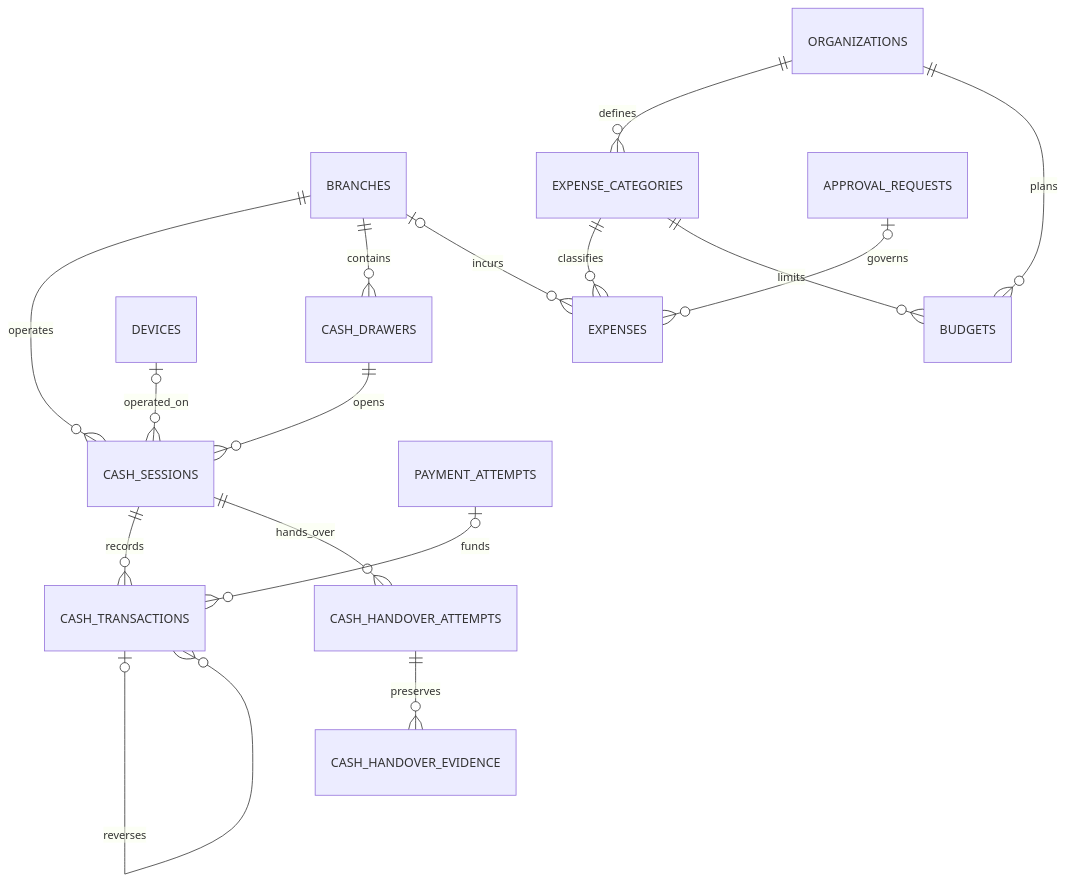
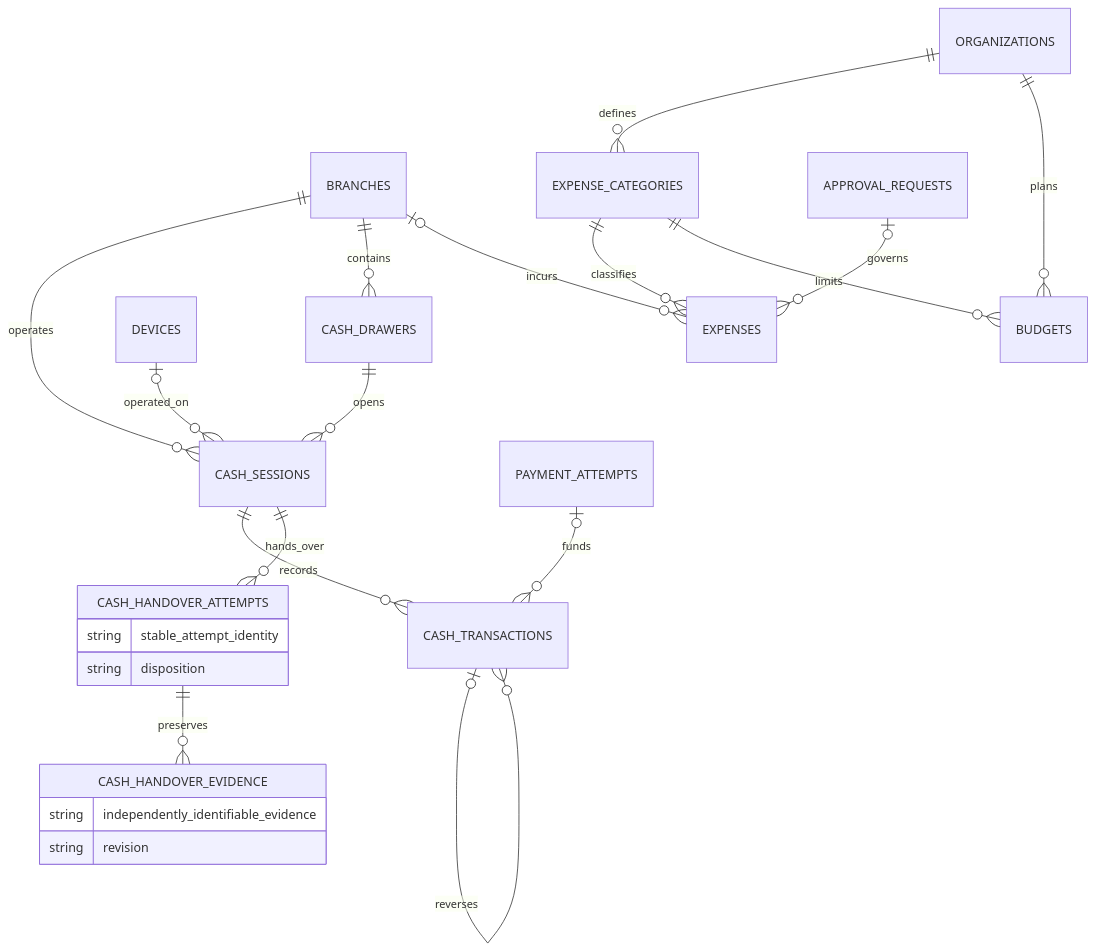
One commit to dtvip195/after_four changed the seventh of 8 diagrams in docs/architecture/after_four_erd.md. Above: the diagram before and after it, drawn with Mermaid. The commit also changed other lines of this file, not shown here.

Commit message:
docs: declare cash handover ERD entities

````diff
--- a/docs/architecture/after_four_erd.md
+++ b/docs/architecture/after_four_erd.md
@@ -312,18 +312,26 @@
 ```mermaid
 erDiagram
+  CASH_HANDOVER_ATTEMPTS {
+    string stable_attempt_identity
+    string disposition
+  }
+  CASH_HANDOVER_EVIDENCE {
+    string independently_identifiable_evidence
+    string revision
+  }
   BRANCHES ||--o{ CASH_SESSIONS : operates
   BRANCHES ||--o{ CASH_DRAWERS : contains
   CASH_DRAWERS ||--o{ CASH_SESSIONS : opens
   DEVICES o|--o{ CASH_SESSIONS : operated_on
   CASH_SESSIONS ||--o{ CASH_TRANSACTIONS : records
   CASH_SESSIONS ||--o{ CASH_HANDOVER_ATTEMPTS : hands_over
   CASH_HANDOVER_ATTEMPTS ||--o{ CASH_HANDOVER_EVIDENCE : preserves
   PAYMENT_ATTEMPTS o|--o{ CASH_TRANSACTIONS : funds
   CASH_TRANSACTIONS o|--o{ CASH_TRANSACTIONS : reverses
   ORGANIZATIONS ||--o{ EXPENSE_CATEGORIES : defines
   EXPENSE_CATEGORIES ||--o{ EXPENSES : classifies
   BRANCHES o|--o{ EXPENSES : incurs
   ORGANIZATIONS ||--o{ BUDGETS : plans
   EXPENSE_CATEGORIES ||--o{ BUDGETS : limits
   APPROVAL_REQUESTS o|--o{ EXPENSES : governs
 ```
````
